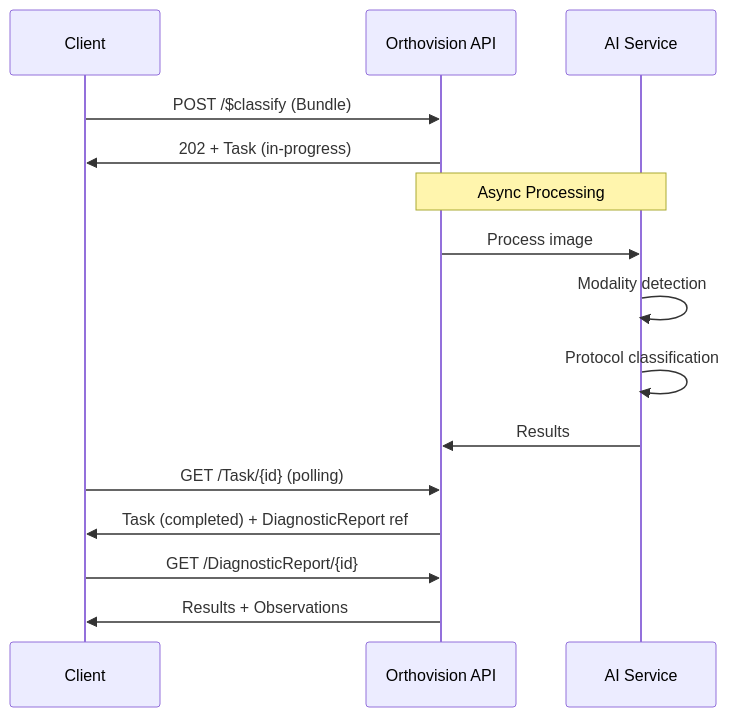
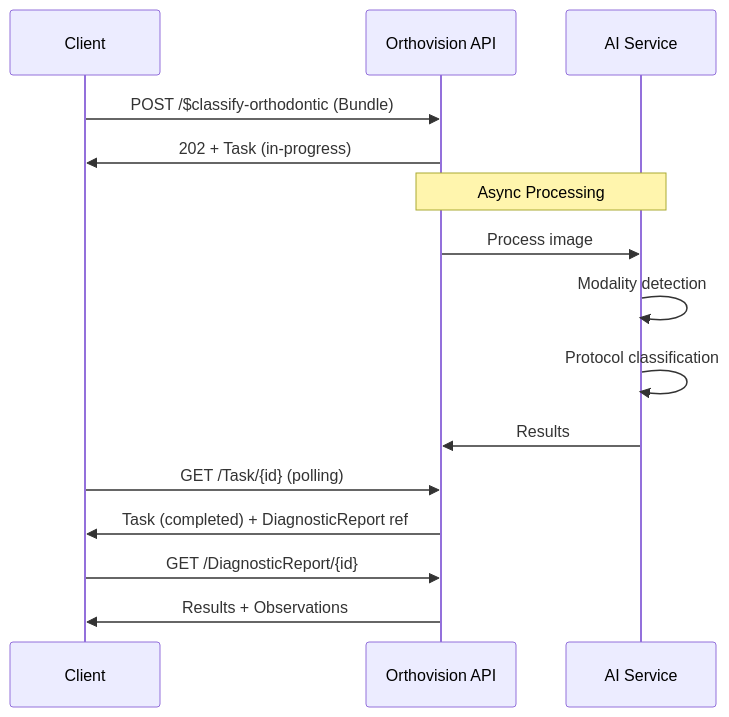
One commit to medoco-health/orthovision-ai-ig changed the diagram in src/input/pagecontent/api-workflow.md. Above: the diagram before and after it, drawn with Mermaid. The commit also changed other lines of this file and 15 other files, not shown here.

````diff
--- a/src/input/pagecontent/api-workflow.md
+++ b/src/input/pagecontent/api-workflow.md
@@ -4,21 +2,21 @@
 ```mermaid
 sequenceDiagram
     participant Client
     participant API as Orthovision API
     participant AI as AI Service
-    
-    Client->>API: POST /$classify (Bundle)
+
+    Client->>API: POST /$classify-orthodontic (Bundle)
     API->>Client: 202 + Task (in-progress)
     
     Note over API,AI: Async Processing
     API->>AI: Process image
     AI->>AI: Modality detection
     AI->>AI: Protocol classification
     AI->>API: Results
     
     Client->>API: GET /Task/{id} (polling)
     API->>Client: Task (completed) + DiagnosticReport ref
     
     Client->>API: GET /DiagnosticReport/{id}
     API->>Client: Results + Observations
 ```
````
